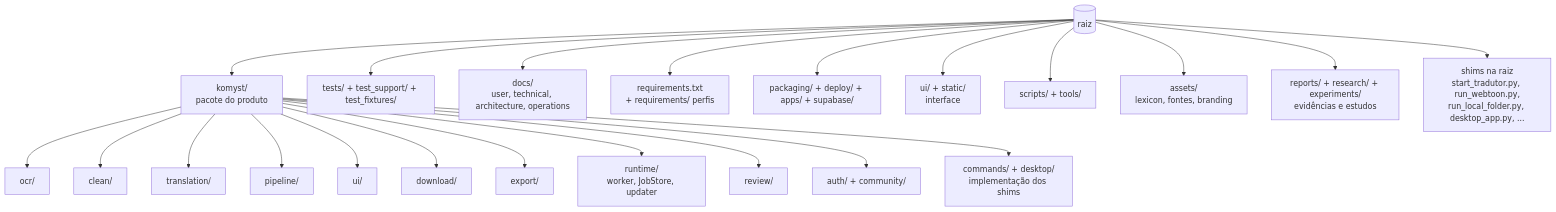
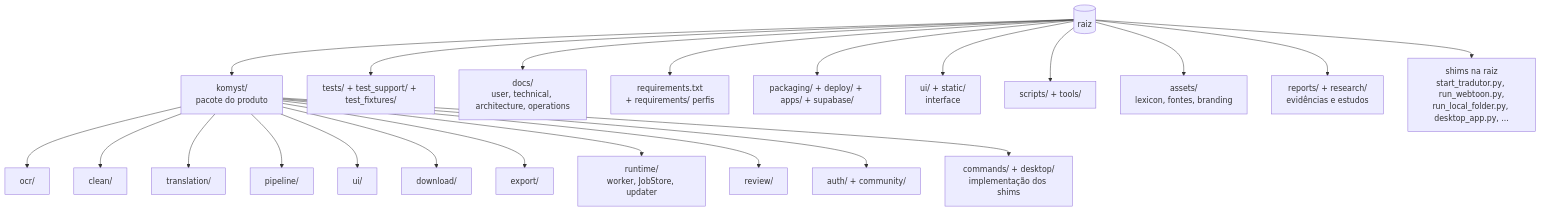
Before and after one commit to HenriquePvAr/Yomu-Sekai: the diagram in docs/architecture/REPOSITORY_STRUCTURE.md, drawn with Mermaid. The commit also changed other lines of this file and 19 other files, not shown here.

Commit message:
refactor(layout): move experiments under research

````diff
--- a/docs/architecture/REPOSITORY_STRUCTURE.md
+++ b/docs/architecture/REPOSITORY_STRUCTURE.md
@@ -13,15 +13,15 @@
 ```mermaid
 flowchart TD
     R[(raiz)] --> Y[komyst/<br/>pacote do produto]
     R --> T[tests/ + test_support/ + test_fixtures/]
     R --> D[docs/<br/>user, technical, architecture, operations]
     R --> Q[requirements.txt<br/>+ requirements/ perfis]
     R --> P[packaging/ + deploy/ + apps/ + supabase/]
     R --> U[ui/ + static/<br/>interface]
     R --> S[scripts/ + tools/]
     R --> A[assets/<br/>lexicon, fontes, branding]
-    R --> E[reports/ + research/ + experiments/<br/>evidências e estudos]
+    R --> E[reports/ + research/<br/>evidências e estudos]
     R --> L[shims na raiz<br/>start_tradutor.py, run_webtoon.py,<br/>run_local_folder.py, desktop_app.py, ...]
     Y --> Y1["ocr/"] & Y2["clean/"] & Y3["translation/"] & Y4["pipeline/"] & Y5["ui/"] & Y6["download/"] & Y7["export/"]
     Y --> Y8["runtime/<br/>worker, JobStore, updater"] & Y9["review/"] & Y10["auth/ + community/"] & Y11["commands/ + desktop/<br/>implementação dos shims"]
 ```
````
